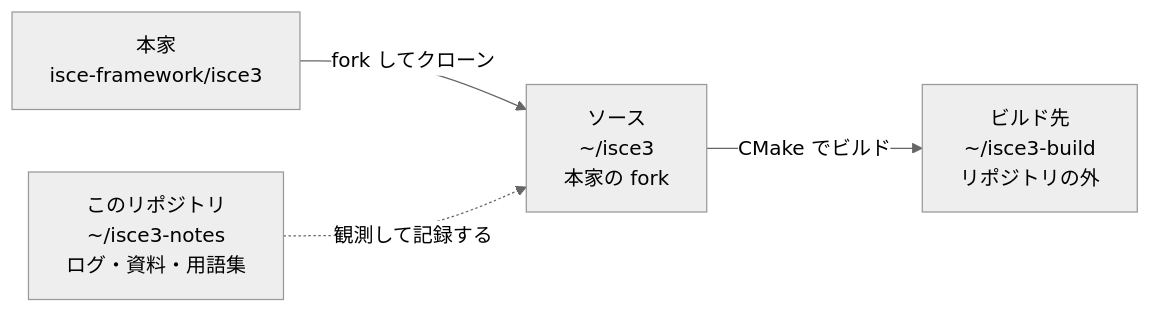
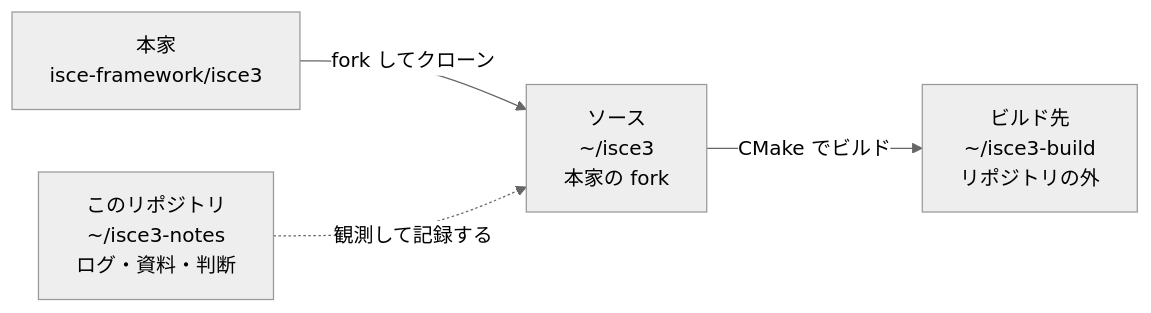
One commit to rindguitar/isce3-notes changed the diagram in README.md. Above: the diagram before and after it, drawn with Mermaid (neutral theme). The commit also changed other lines of this file and 13 other files, not shown here.

````diff
--- a/README.md
+++ b/README.md
@@ -32,11 +33,11 @@
 ```mermaid
 flowchart LR
     UP["本家<br/>isce-framework/isce3"]
     SRC["ソース<br/>~/isce3<br/>本家の fork"]
     BUILD["ビルド先<br/>~/isce3-build<br/>リポジトリの外"]
-    NOTES["このリポジトリ<br/>~/isce3-notes<br/>ログ・資料・用語集"]
+    NOTES["このリポジトリ<br/>~/isce3-notes<br/>ログ・資料・判断"]
 
     UP -->|"fork してクローン"| SRC
     SRC -->|"CMake でビルド"| BUILD
     NOTES -.->|"観測して記録する"| SRC
 ```
````
